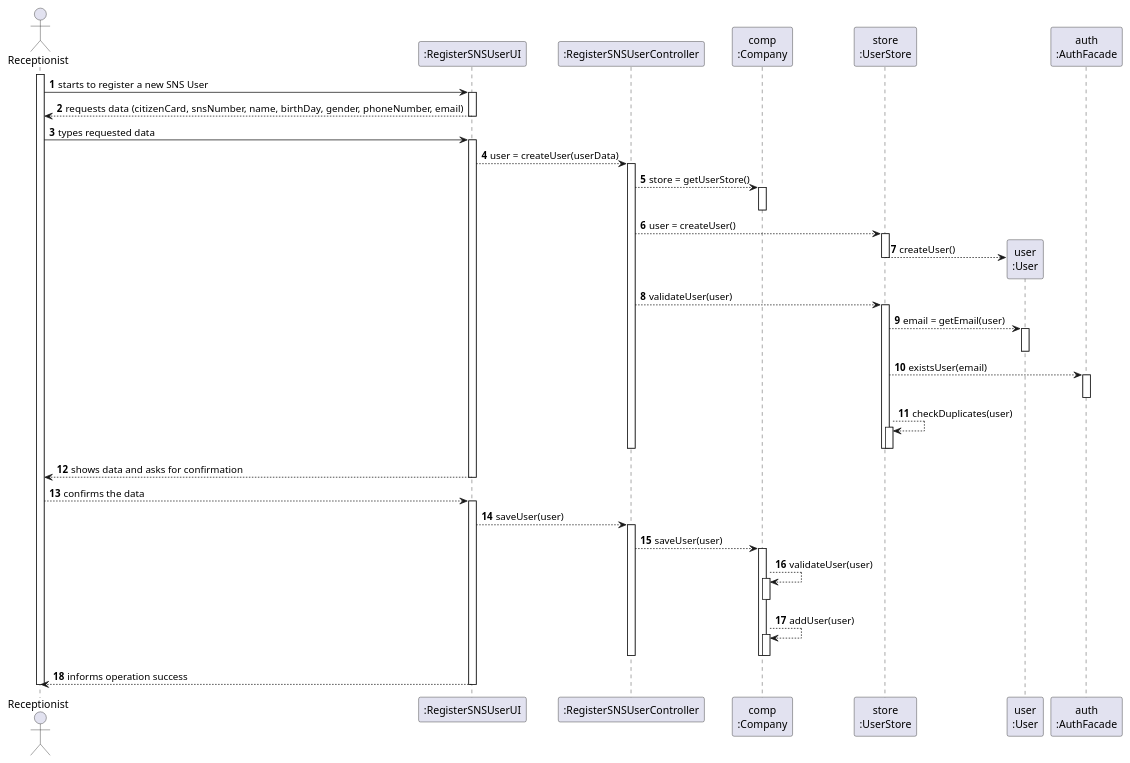
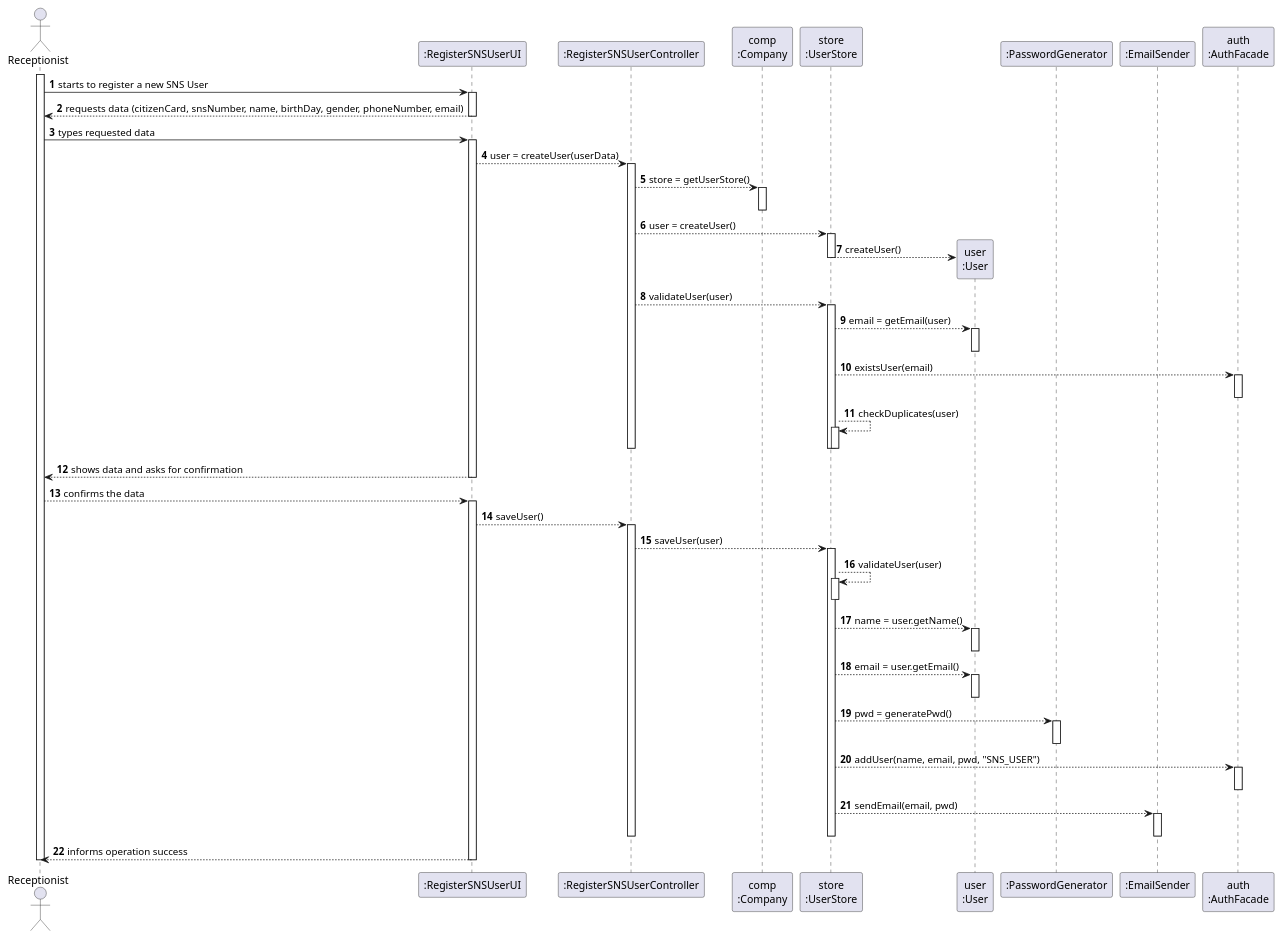
The diagram in docs/SprintB/US03/SD/US03_SD.puml (miseEnPlace-i/lapr2), drawn with PlantUML before and after one commit. The commit also changed 1 other file, not shown here.

```diff
--- a/docs/SprintB/US03/SD/US03_SD.puml
+++ b/docs/SprintB/US03/SD/US03_SD.puml
@@ -1,85 +1,102 @@
 @startuml Sequence Diagram
 autonumber
 'hide footbox
 actor "Receptionist" as RECEPT
 
 participant ":RegisterSNSUserUI" as UI
 participant ":RegisterSNSUserController" as CTRL
 participant "comp\n:Company" as COMP
 participant "store\n:UserStore" as STORE
 participant "user\n:User" as USER
+participant ":PasswordGenerator" as PWDGEN
+participant ":EmailSender" as EMAIL
 participant "auth\n:AuthFacade" as AUTH
 ' participant "lstSnsU\n:List<SNSUser>" as LIST
 
 activate RECEPT
 RECEPT -> UI : starts to register a new SNS User
 activate UI
 UI --> RECEPT : requests data (citizenCard, snsNumber, name, birthDay, gender, phoneNumber, email)
 deactivate UI
 
 RECEPT -> UI : types requested data
 activate UI
 
 UI --> CTRL : user = createUser(userData)
 activate CTRL
 
 CTRL --> COMP : store = getUserStore()
 activate COMP
 deactivate COMP
 
 CTRL --> STORE : user = createUser()
 activate STORE
 
 STORE --> USER** : createUser()
 
 deactivate STORE
 
 CTRL --> STORE : validateUser(user)
 activate STORE
 
 STORE --> USER : email = getEmail(user)
 activate USER
 deactivate USER
 
 STORE --> AUTH : existsUser(email)
 activate AUTH
 deactivate AUTH
 
 STORE --> STORE : checkDuplicates(user)
 activate STORE
 deactivate STORE
 
 deactivate STORE
 deactivate CTRL
 
 UI --> RECEPT : shows data and asks for confirmation
 deactivate UI
 
 
 RECEPT --> UI : confirms the data
 activate UI
 
-UI --> CTRL : saveUser(user)
+UI --> CTRL : saveUser()
 activate CTRL
 
-CTRL --> COMP : saveUser(user)
-activate COMP
+CTRL --> STORE : saveUser(user)
+activate STORE
 
-COMP --> COMP : validateUser(user)
-activate COMP
-deactivate COMP
+STORE --> STORE : validateUser(user)
+activate STORE
+deactivate STORE
 
-COMP --> COMP : addUser(user)
-activate COMP
-deactivate COMP
+STORE --> USER : name = user.getName()
+activate USER
+deactivate USER
 
-deactivate COMP
+STORE --> USER : email = user.getEmail()
+activate USER
+deactivate USER
 
+STORE --> PWDGEN : pwd = generatePwd()
+activate PWDGEN
+deactivate PWDGEN
+
+STORE --> AUTH : addUser(name, email, pwd, "SNS_USER")
+activate AUTH
+deactivate AUTH
+
+STORE --> EMAIL : sendEmail(email, pwd)
+activate EMAIL
+deactivate EMAIL
+
+deactivate STORE
 deactivate CTRL
 
 UI --> RECEPT : informs operation success
 deactivate UI
 
 deactivate RECEPT
 
 @enduml
```
